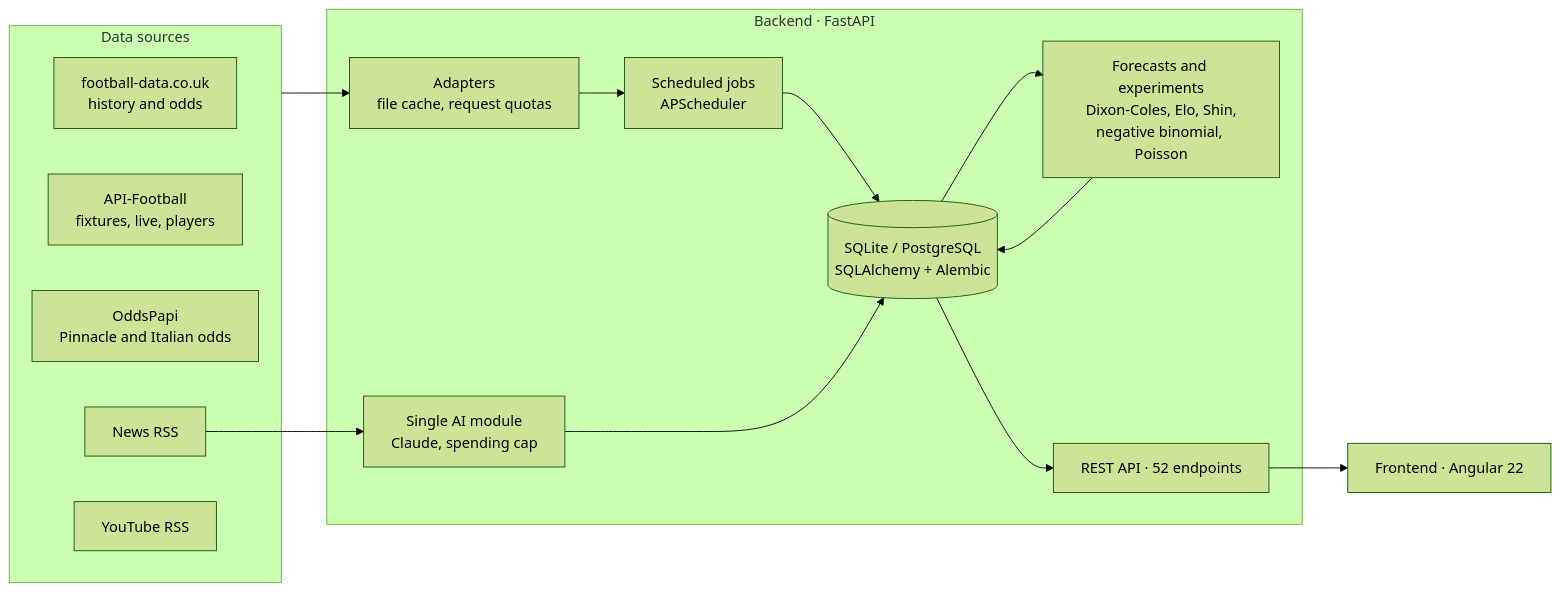
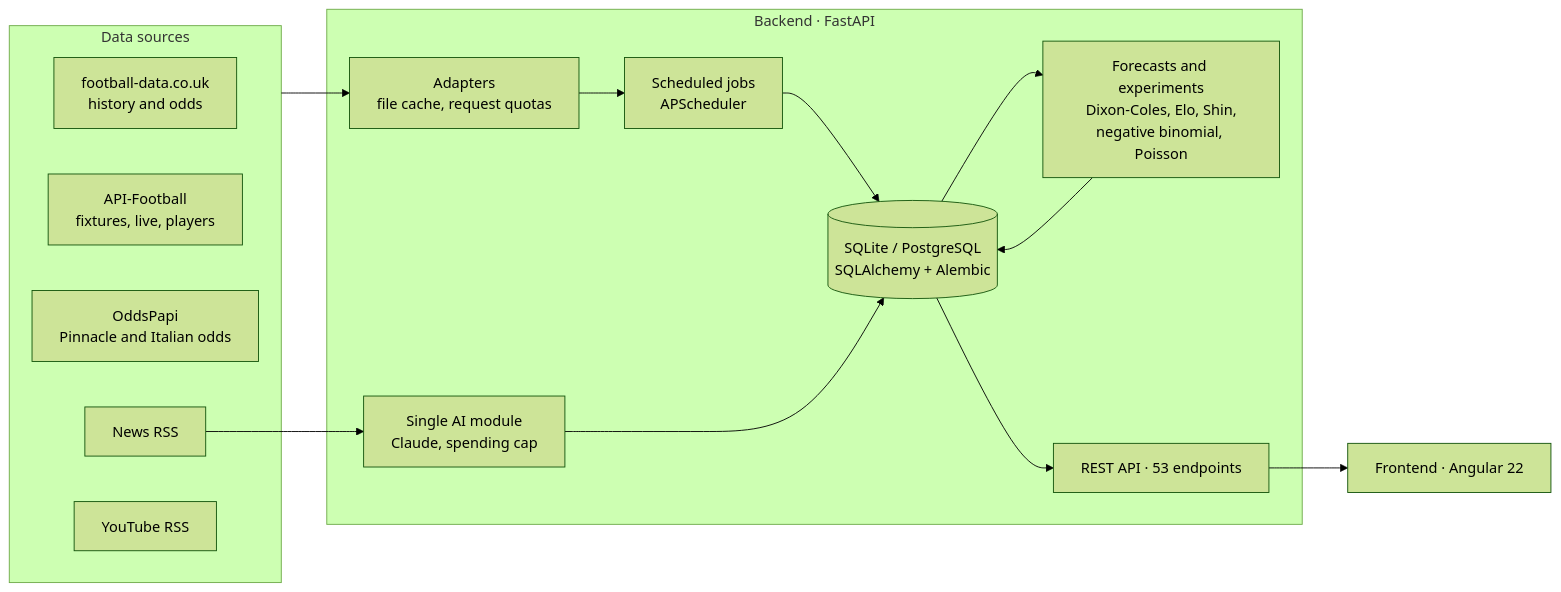
The diagram in README.en.md (giuseppecorso/archiebet), drawn with Mermaid (forest theme) before and after one commit. The commit also changed other lines of this file and 44 other files, not shown here.

````diff
--- a/README.en.md
+++ b/README.en.md
@@ -56,23 +56,23 @@
 ```mermaid
 flowchart LR
   subgraph Sources["Data sources"]
     FD[football-data.co.uk<br/>history and odds]
     AF[API-Football<br/>fixtures, live, players]
     OP[OddsPapi<br/>Pinnacle and Italian odds]
     NW[News RSS]
     YT[YouTube RSS]
   end
   subgraph Backend["Backend · FastAPI"]
     AD[Adapters<br/>file cache, request quotas]
     JOB[Scheduled jobs<br/>APScheduler]
     DB[(SQLite / PostgreSQL<br/>SQLAlchemy + Alembic)]
     FC[Forecasts and experiments<br/>Dixon-Coles, Elo, Shin,<br/>negative binomial, Poisson]
     AI[Single AI module<br/>Claude, spending cap]
-    API[REST API · 52 endpoints]
+    API[REST API · 53 endpoints]
   end
   FE[Frontend · Angular 22]
   Sources --> AD --> JOB --> DB
   DB --> FC --> DB
   NW --> AI --> DB
   DB --> API --> FE
 ```
````
